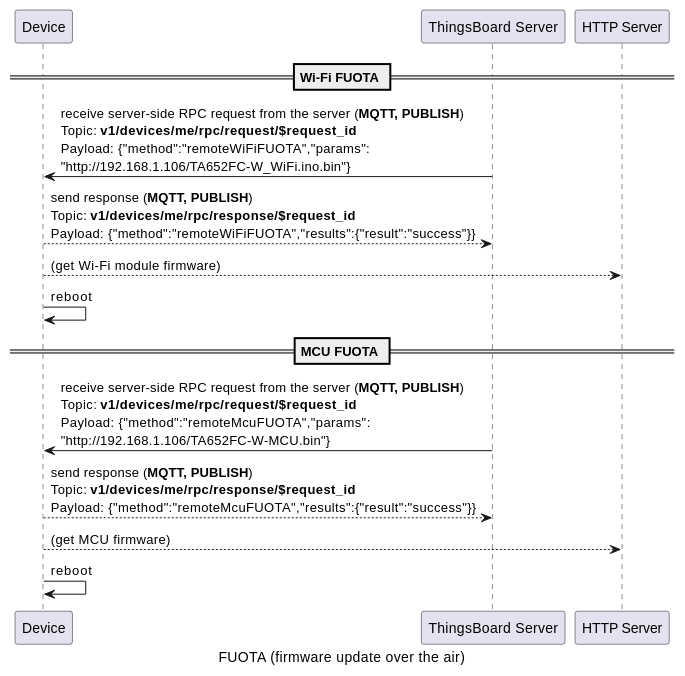
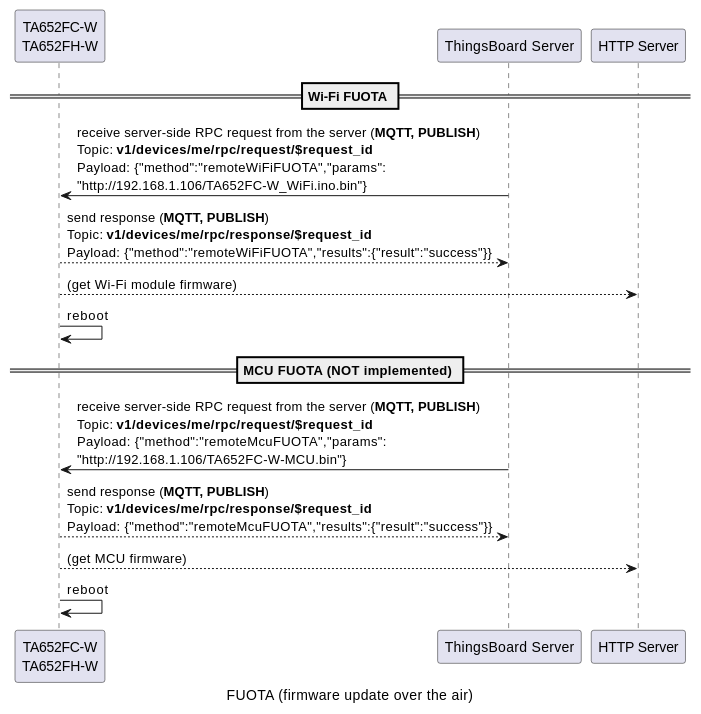
Before and after one commit to avantec-iot/avantec-thingsboard: diagram 14 of 17 in docs/device/ta652fc-w/ta652fc-w-mqtt-api.rst, drawn with PlantUML. The commit also changed other lines of this file and 9 other files, not shown here.

```diff
--- a/docs/device/ta652fc-w/ta652fc-w-mqtt-api.rst
+++ b/docs/device/ta652fc-w/ta652fc-w-mqtt-api.rst
@@ -881,19 +881,19 @@
   .. uml::
 
     caption  FUOTA (firmware update over the air)
 
-    participant "Device" as TBDev order 10
+    participant "TA652FC-W\nTA652FH-W" as TBDev order 10
     participant "ThingsBoard Server"  as TBSrv order 20 
     participant "HTTP Server"  as HTTPSrv order 30 
 
     == Wi-Fi FUOTA ==
     TBDev  <-  TBSrv: receive server-side RPC request from the server (**MQTT, PUBLISH**) \nTopic: **v1/devices/me/rpc/request/$request_id** \nPayload: {"method":"remoteWiFiFUOTA","params":\n"http://192.168.1.106/TA652FC-W_WiFi.ino.bin"}
     TBDev -->  TBSrv: send response (**MQTT, PUBLISH**) \nTopic: **v1/devices/me/rpc/response/$request_id** \nPayload: {"method":"remoteWiFiFUOTA","results":{"result":"success"}}
     TBDev  --> HTTPSrv: (get Wi-Fi module firmware)
     TBDev  ->  TBDev: reboot
 
-    == MCU FUOTA ==
+    == MCU FUOTA (NOT implemented) ==
     TBDev  <-  TBSrv: receive server-side RPC request from the server (**MQTT, PUBLISH**) \nTopic: **v1/devices/me/rpc/request/$request_id** \nPayload: {"method":"remoteMcuFUOTA","params":\n"http://192.168.1.106/TA652FC-W-MCU.bin"}
     TBDev -->  TBSrv: send response (**MQTT, PUBLISH**) \nTopic: **v1/devices/me/rpc/response/$request_id** \nPayload: {"method":"remoteMcuFUOTA","results":{"result":"success"}}
     TBDev  --> HTTPSrv: (get MCU firmware)
     TBDev  ->  TBDev: reboot
```
